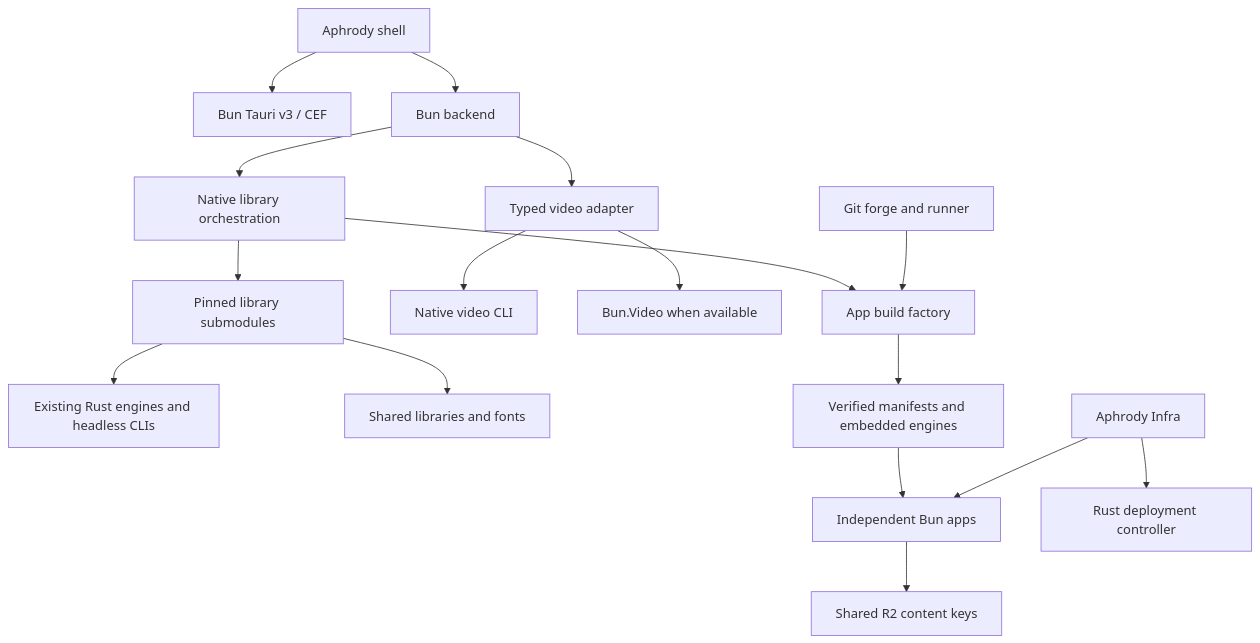
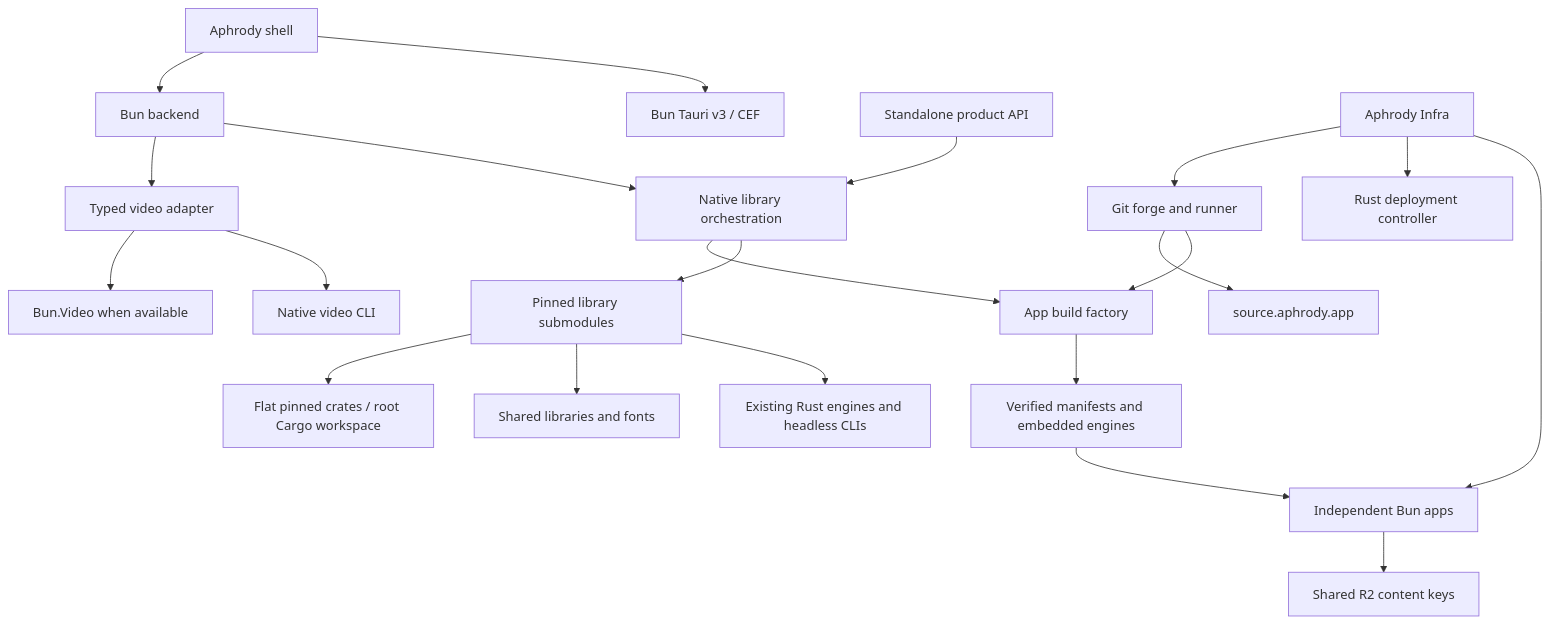
One commit to aphrody-labs/bun-distribution changed the diagram in docs/architecture.md. Above: the diagram before and after it, drawn with Mermaid. The commit also changed other lines of this file and 2 other files, not shown here.

Commit message:
feat: expose unified product server from bun os CLI

````diff
--- a/docs/architecture.md
+++ b/docs/architecture.md
@@ -3,19 +3,23 @@
 ```mermaid
 flowchart TD
   UI[Aphrody shell] --> SDK[Bun Tauri v3 / CEF]
   UI --> Backend[Bun backend]
+  Product[Standalone product API] --> Workspace
   Backend --> Workspace[Native library orchestration]
   Workspace --> Sources[Pinned library submodules]
   Backend --> Video[Typed video adapter]
   Video --> Headless[Native video CLI]
   Video --> NativeVideo[Bun.Video when available]
   Sources --> Rust[Existing Rust engines and headless CLIs]
   Sources --> Shared[Shared libraries and fonts]
   Workspace --> Factory[App build factory]
   Factory --> Artifacts[Verified manifests and embedded engines]
   Artifacts --> Apps[Independent Bun apps]
   Apps --> Assets[Shared R2 content keys]
   Infra[Aphrody Infra] --> Apps
   Infra --> Control[Rust deployment controller]
   Forge[Git forge and runner] --> Factory
+  Infra --> Forge
+  Forge --> Portal[source.aphrody.app]
+  Sources --> Crates[Flat pinned crates / root Cargo workspace]
 ```
````
